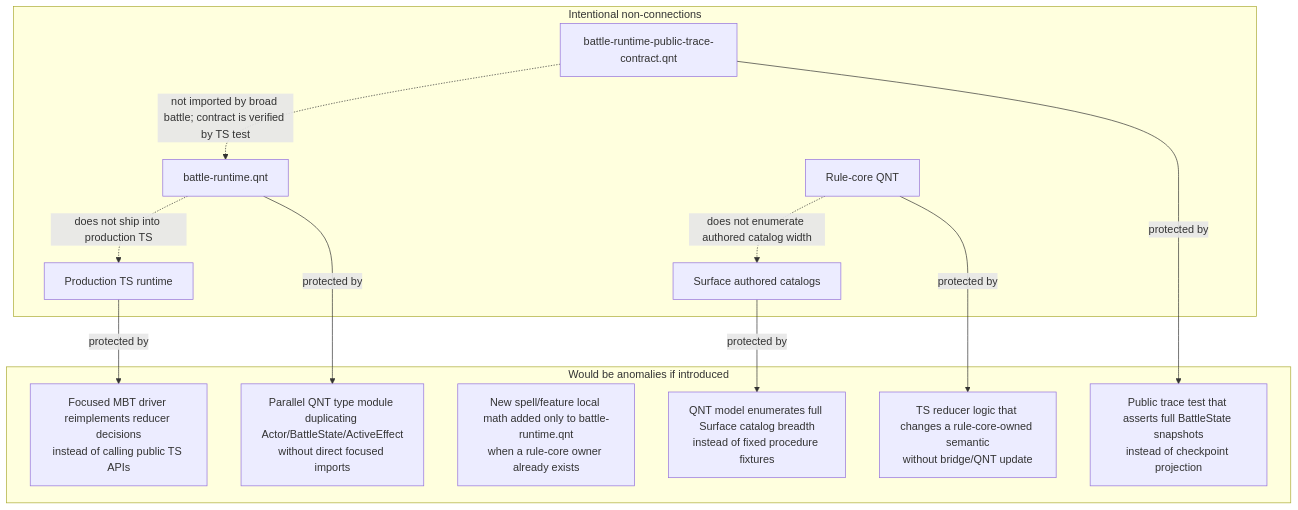
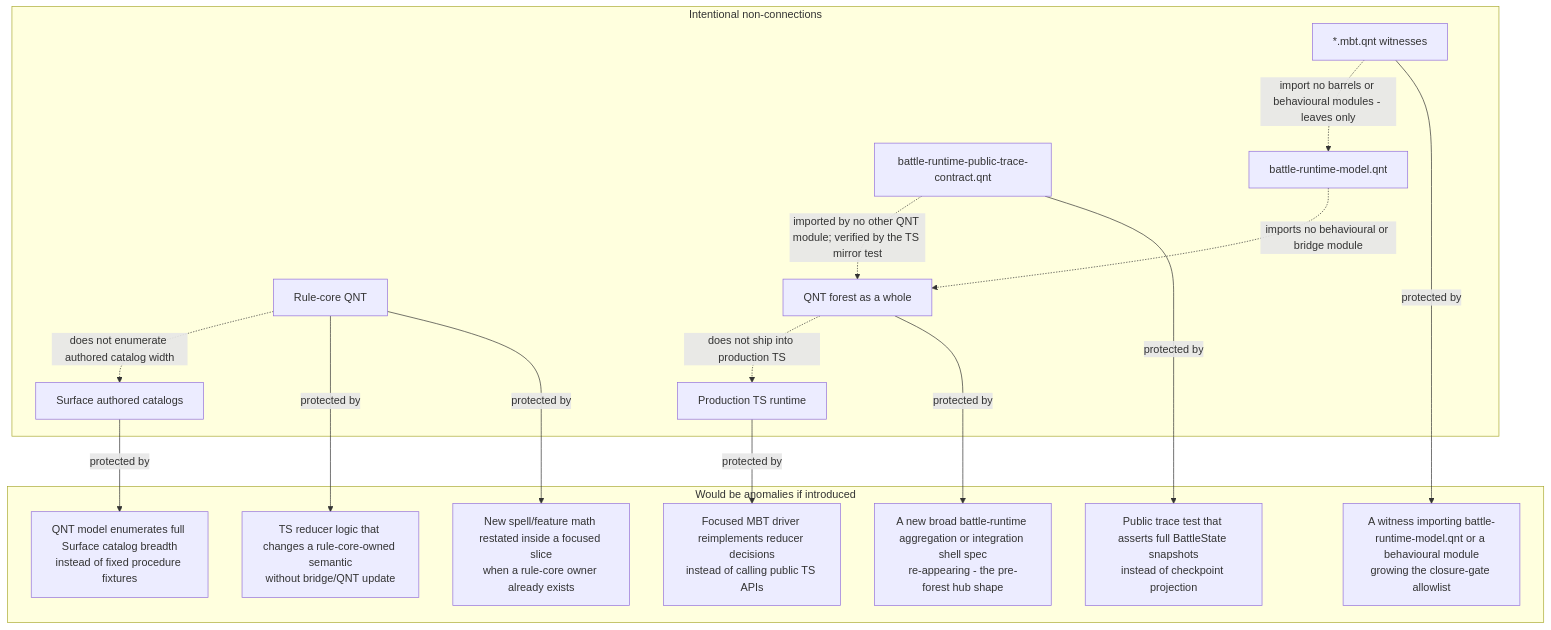
Before and after one commit to dearlordylord/5e-quint: the fourth of 4 diagrams in plans/BATTLE_RUNTIME_QNT_TS_CONNECTIVITY.md, drawn with Mermaid. The commit also changed other lines of this file and 1 other file, not shown here.

First line of the commit message:
Regenerate battle-runtime QNT/TS connectivity map for the slice forest

````diff
--- a/plans/BATTLE_RUNTIME_QNT_TS_CONNECTIVITY.md
+++ b/plans/BATTLE_RUNTIME_QNT_TS_CONNECTIVITY.md
@@ -195,29 +246,36 @@
 ```mermaid
 flowchart TB
   subgraph Intended["Intentional non-connections"]
     N1["battle-runtime-public-trace-contract.qnt"]
-    N2["battle-runtime.qnt"]
+    N2["battle-runtime-model.qnt"]
     N3["Production TS runtime"]
     N4["Surface authored catalogs"]
     N5["Rule-core QNT"]
+    N6["*.mbt.qnt witnesses"]
+    N7["QNT forest as a whole"]
 
-    N1 -.->|"not imported by broad battle; contract is verified by TS test"| N2
+    N1 -.->|"imported by no other QNT module; verified by the TS mirror test"| N7
+    N2 -.->|"imports no behavioural or bridge module"| N7
+    N6 -.->|"import no barrels or behavioural modules - leaves only"| N2
     N5 -.->|"does not enumerate authored catalog width"| N4
-    N2 -.->|"does not ship into production TS"| N3
+    N7 -.->|"does not ship into production TS"| N3
   end
 
   subgraph Watch["Would be anomalies if introduced"]
-    A1["Parallel QNT type module duplicating Actor/BattleState/ActiveEffect<br/>without direct focused imports"]
+    A1["A new broad battle-runtime aggregation or integration shell spec<br/>re-appearing - the pre-forest hub shape"]
     A2["TS reducer logic that changes a rule-core-owned semantic<br/>without bridge/QNT update"]
-    A3["New spell/feature local math added only to battle-runtime.qnt<br/>when a rule-core owner already exists"]
+    A3["New spell/feature math restated inside a focused slice<br/>when a rule-core owner already exists"]
     A4["Public trace test that asserts full BattleState snapshots<br/>instead of checkpoint projection"]
     A5["Focused MBT driver reimplements reducer decisions<br/>instead of calling public TS APIs"]
     A6["QNT model enumerates full Surface catalog breadth<br/>instead of fixed procedure fixtures"]
+    A7["A witness importing battle-runtime-model.qnt or a behavioural module<br/>growing the closure-gate allowlist"]
   end
 
   N1 -->|"protected by"| A4
   N5 -->|"protected by"| A2
+  N5 -->|"protected by"| A3
   N4 -->|"protected by"| A6
-  N2 -->|"protected by"| A1
+  N7 -->|"protected by"| A1
   N3 -->|"protected by"| A5
+  N6 -->|"protected by"| A7
 ```
````
